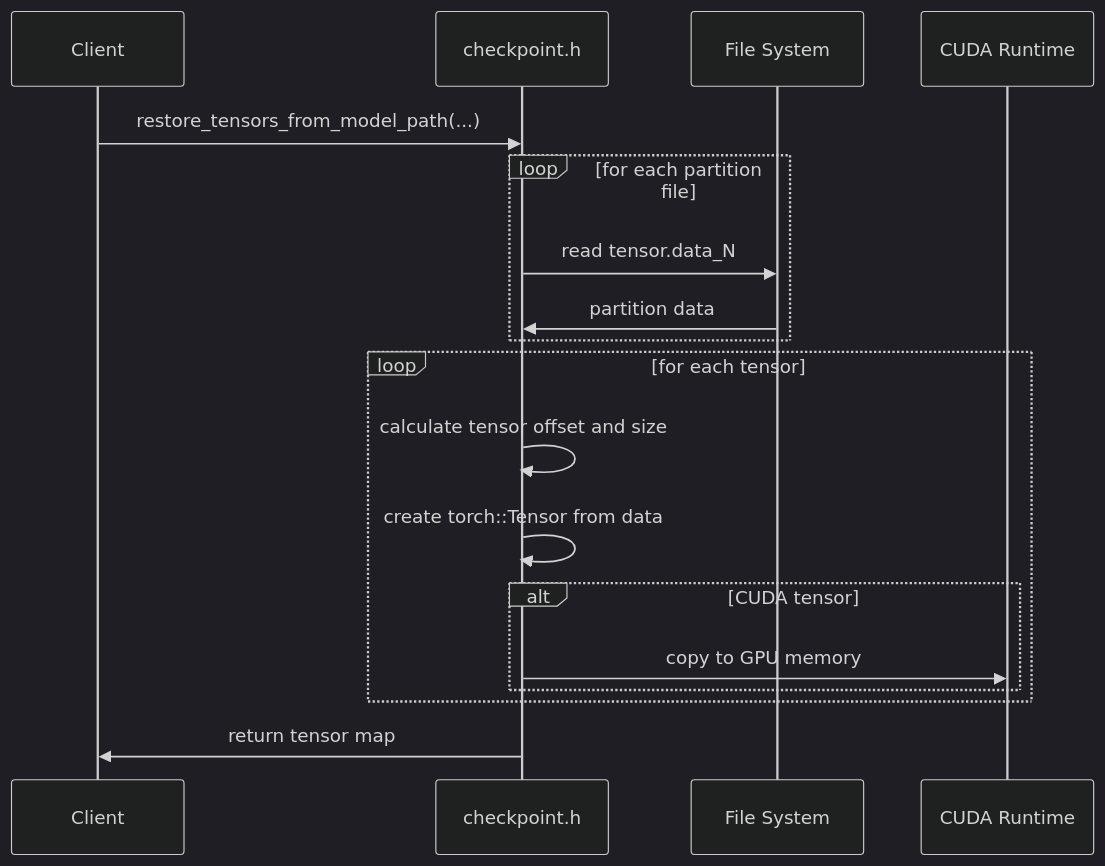
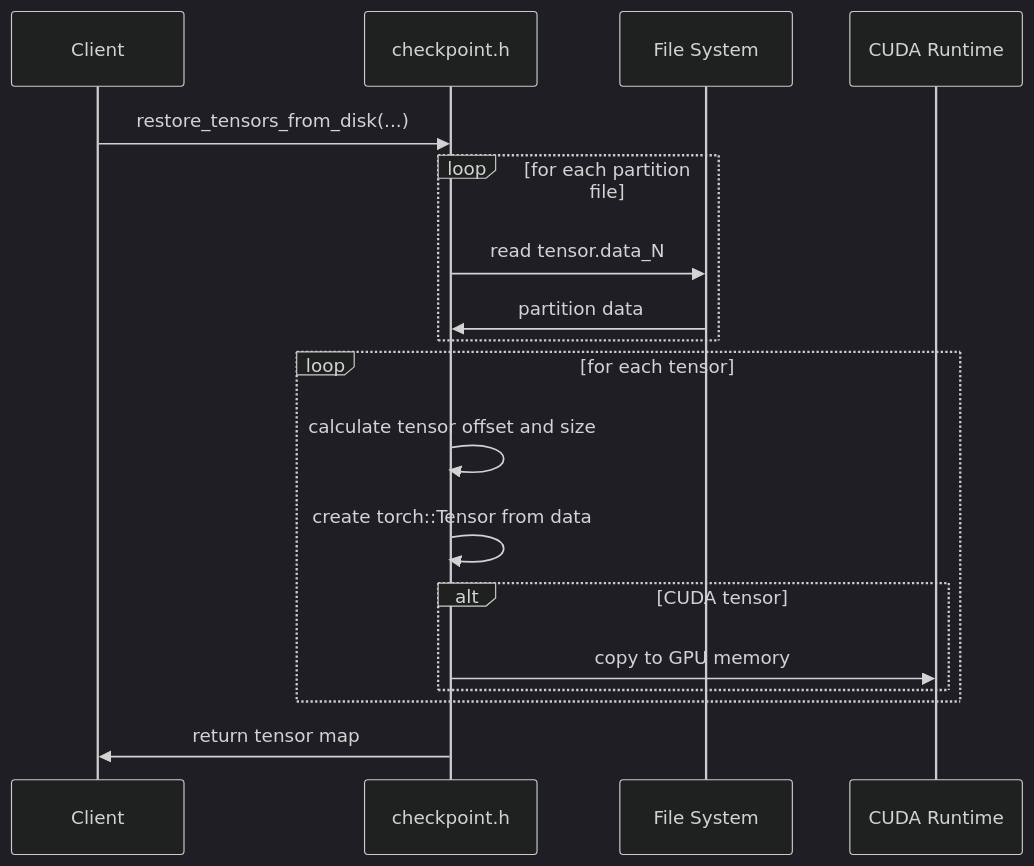
One commit to tensorcast-ai/tensorcast changed the sixth of 11 diagrams in web-docs/docs/developer-guides/core/checkpoint/architecture.md. Above: the diagram before and after it, drawn with Mermaid (dark theme). The commit also changed other lines of this file and 331 other files, not shown here.

````diff
--- a/web-docs/docs/developer-guides/core/checkpoint/architecture.md
+++ b/web-docs/docs/developer-guides/core/checkpoint/architecture.md
@@ -138,24 +138,24 @@
 ```mermaid
 sequenceDiagram
     participant Client
     participant API as checkpoint.h
     participant FS as File System
     participant CUDA as CUDA Runtime
 
-    Client->>API: restore_tensors_from_model_path(...)
+    Client->>API: restore_tensors_from_disk(...)
 
     loop for each partition file
         API->>FS: read tensor.data_N
         FS->>API: partition data
     end
 
     loop for each tensor
         API->>API: calculate tensor offset and size
         API->>API: create torch::Tensor from data
         alt CUDA tensor
             API->>CUDA: copy to GPU memory
         end
     end
 
     API->>Client: return tensor map
 ```
````
